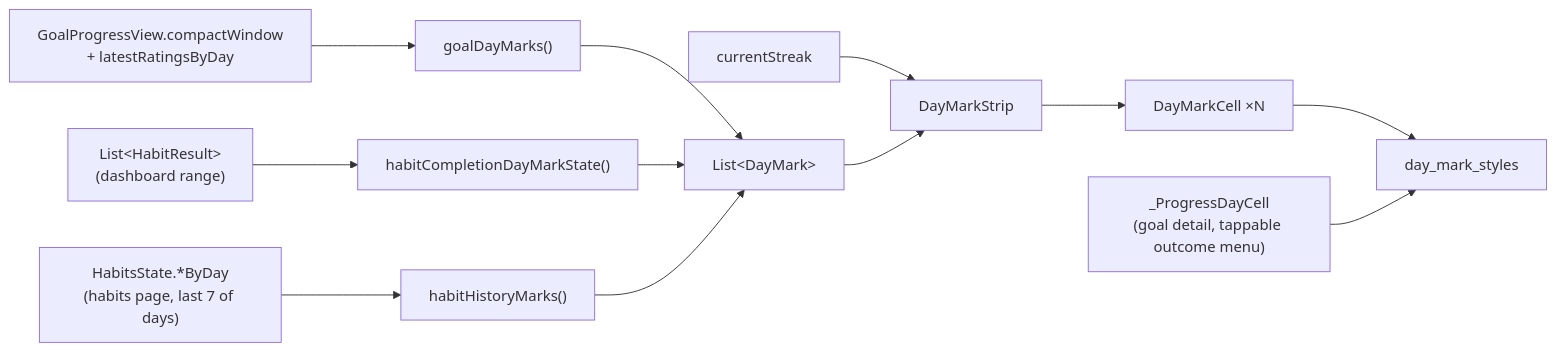
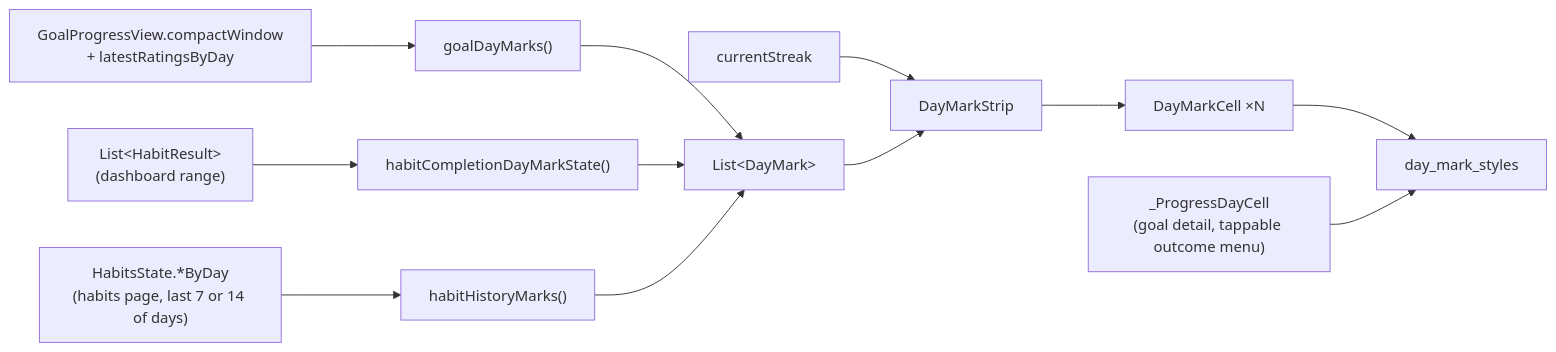
Before and after one commit to matthiasn/lotti: the second of 3 diagrams in knowledge/architecture/day-indicators.md, drawn with Mermaid. The commit also changed other lines of this file and 21 other files, not shown here.

First line of the commit message:
feat(habits): day squares open their own day, say their weekday or outcome, and show two weeks on desktop

````diff
--- a/knowledge/architecture/day-indicators.md
+++ b/knowledge/architecture/day-indicators.md
@@ -105,14 +106,14 @@
 ```mermaid
 flowchart LR
   GV["GoalProgressView.compactWindow<br/>+ latestRatingsByDay"] --> GA["goalDayMarks()"]
   HR["List&lt;HabitResult&gt;<br/>(dashboard range)"] --> HA["habitCompletionDayMarkState()"]
-  HS["HabitsState.*ByDay<br/>(habits page, last 7 of days)"] --> HM["habitHistoryMarks()"]
+  HS["HabitsState.*ByDay<br/>(habits page, last 7 or 14 of days)"] --> HM["habitHistoryMarks()"]
   GA --> M["List&lt;DayMark&gt;"]
   HA --> M
   HM --> M
   SC["currentStreak"] --> S
   M --> S["DayMarkStrip"]
   S --> C["DayMarkCell ×N"]
   C --> ST["day_mark_styles"]
   P["_ProgressDayCell<br/>(goal detail, tappable outcome menu)"] --> ST
 ```
````
